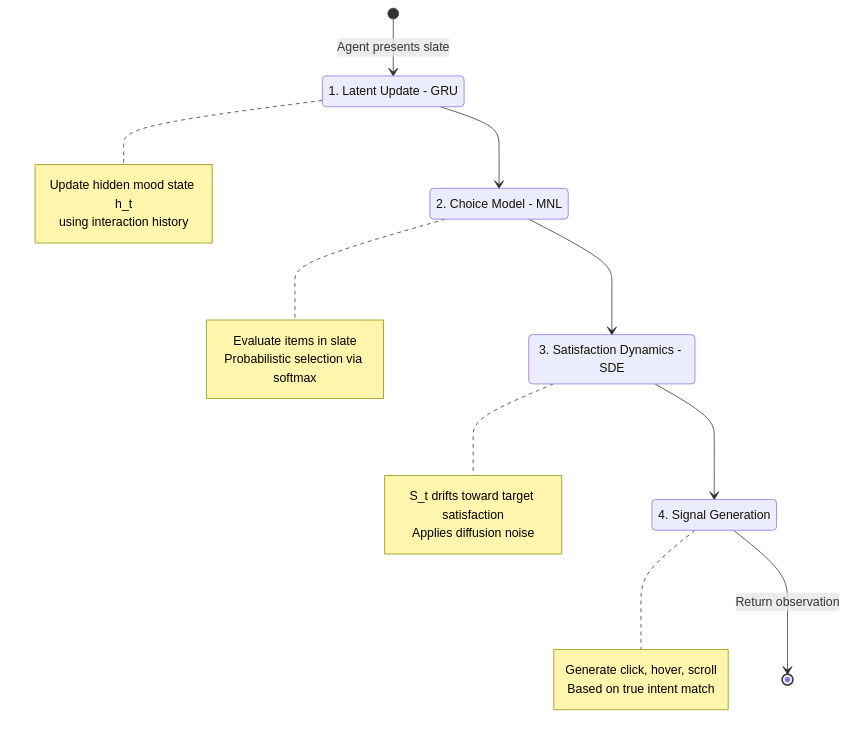
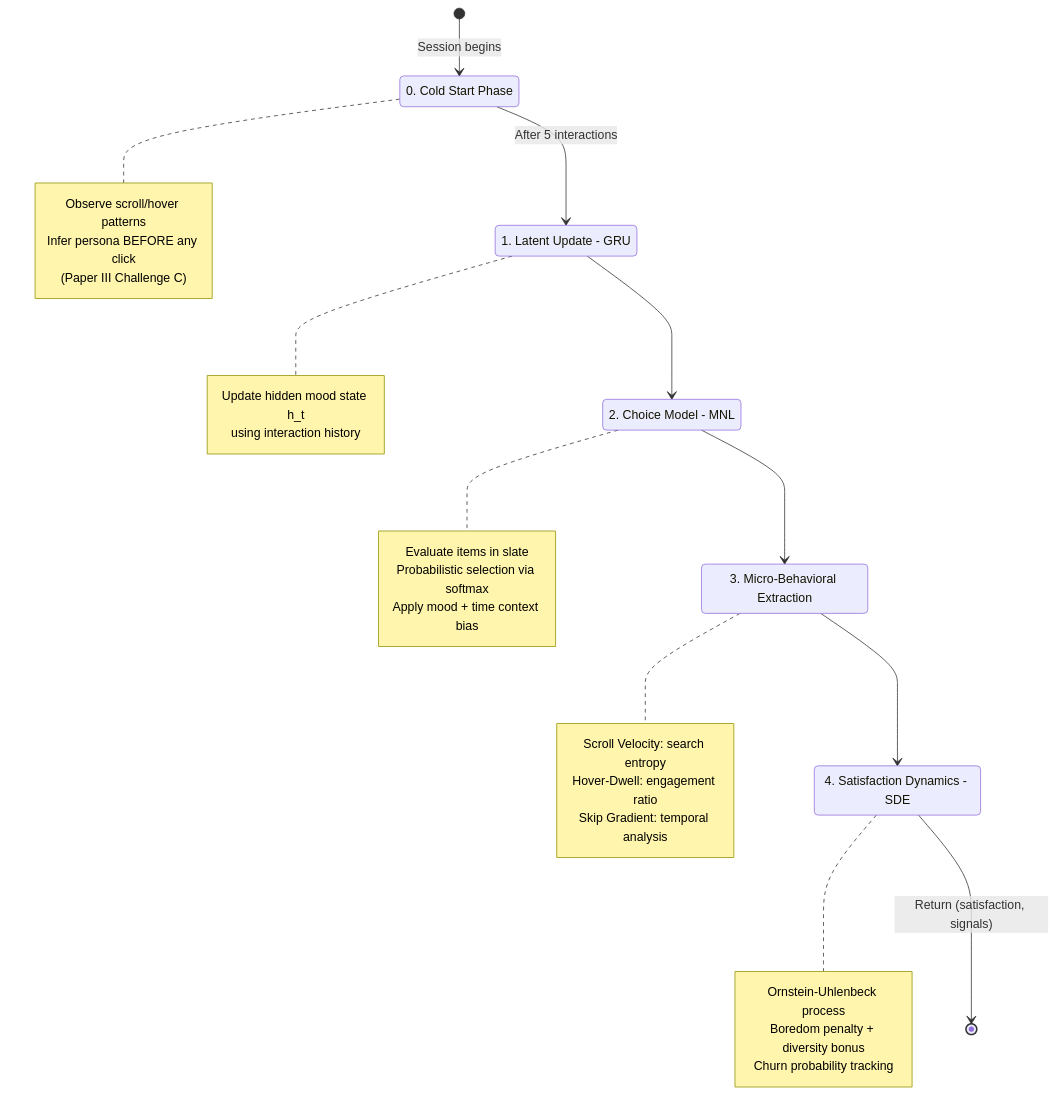
Before and after one commit to endse/domrl: the second of 4 diagrams in finds.md, drawn with Mermaid. The commit also changed other lines of this file and 77 other files, not shown here.

````diff
--- a/finds.md
+++ b/finds.md
@@ -80,39 +82,50 @@
 ```mermaid
 stateDiagram-v2
 
-    [*] --> Latent_Update : Agent presents slate
+    [*] --> Cold_Start : Session begins
+
+    state "0. Cold Start Phase" as Cold_Start
+    note right of Cold_Start
+        Observe scroll/hover patterns
+        Infer persona BEFORE any click
+        (Paper III Challenge C)
+    end note
+
+    Cold_Start --> Latent_Update : After 5 interactions
 
     state "1. Latent Update - GRU" as Latent_Update
     note right of Latent_Update
         Update hidden mood state h_t
         using interaction history
     end note
 
     Latent_Update --> Choice_Model
 
     state "2. Choice Model - MNL" as Choice_Model
     note right of Choice_Model
         Evaluate items in slate
         Probabilistic selection via softmax
+        Apply mood + time context bias
     end note
 
-    Choice_Model --> Dynamics
+    Choice_Model --> Micro_Signals
 
-    state "3. Satisfaction Dynamics - SDE" as Dynamics
-    note right of Dynamics
-        S_t drifts toward target satisfaction
-        Applies diffusion noise
+    state "3. Micro-Behavioral Extraction" as Micro_Signals
+    note right of Micro_Signals
+        Scroll Velocity: search entropy
+        Hover-Dwell: engagement ratio
+        Skip Gradient: temporal analysis
     end note
 
-    Dynamics --> Signals
+    Micro_Signals --> Dynamics
 
-    state "4. Signal Generation" as Signals
-    note right of Signals
-        Generate click, hover, scroll
-        Based on true intent match
+    state "4. Satisfaction Dynamics - SDE" as Dynamics
+    note right of Dynamics
+        Ornstein-Uhlenbeck process
+        Boredom penalty + diversity bonus
+        Churn probability tracking
     end note
 
-    Signals --> [*] : Return observation
-
+    Dynamics --> [*] : Return (satisfaction, signals)
 
 ```
````
